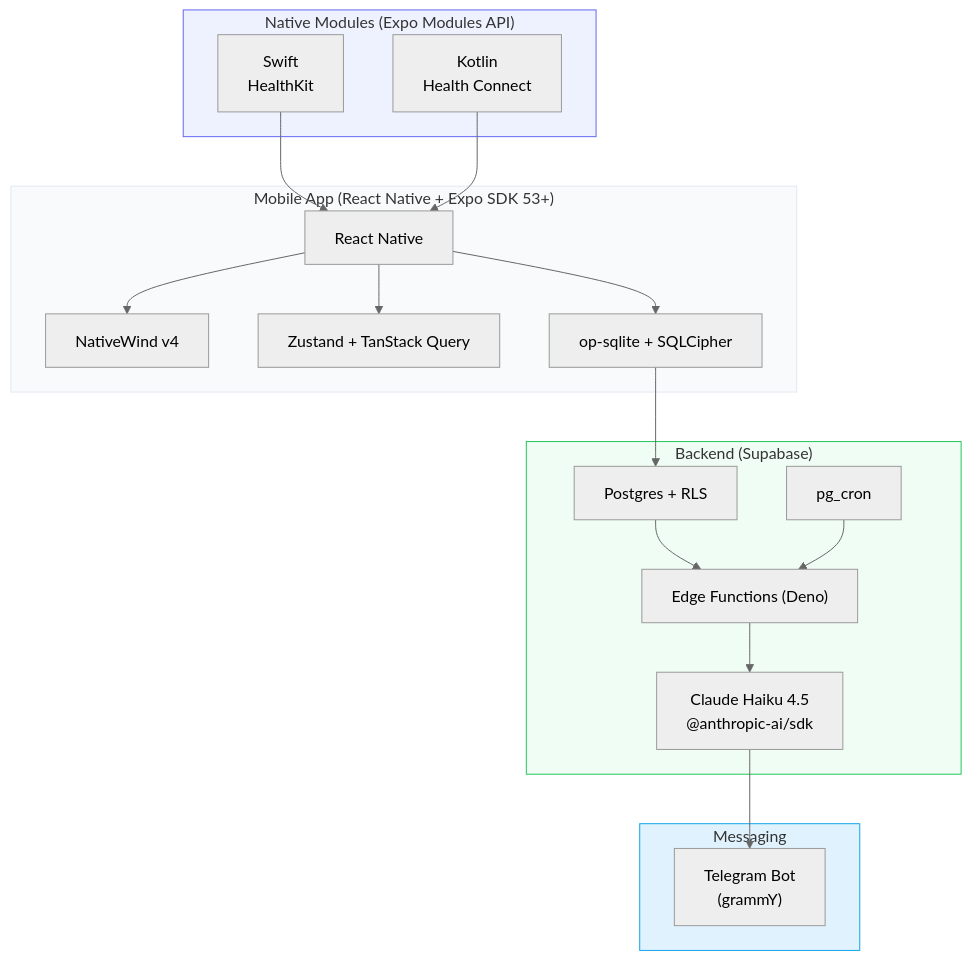
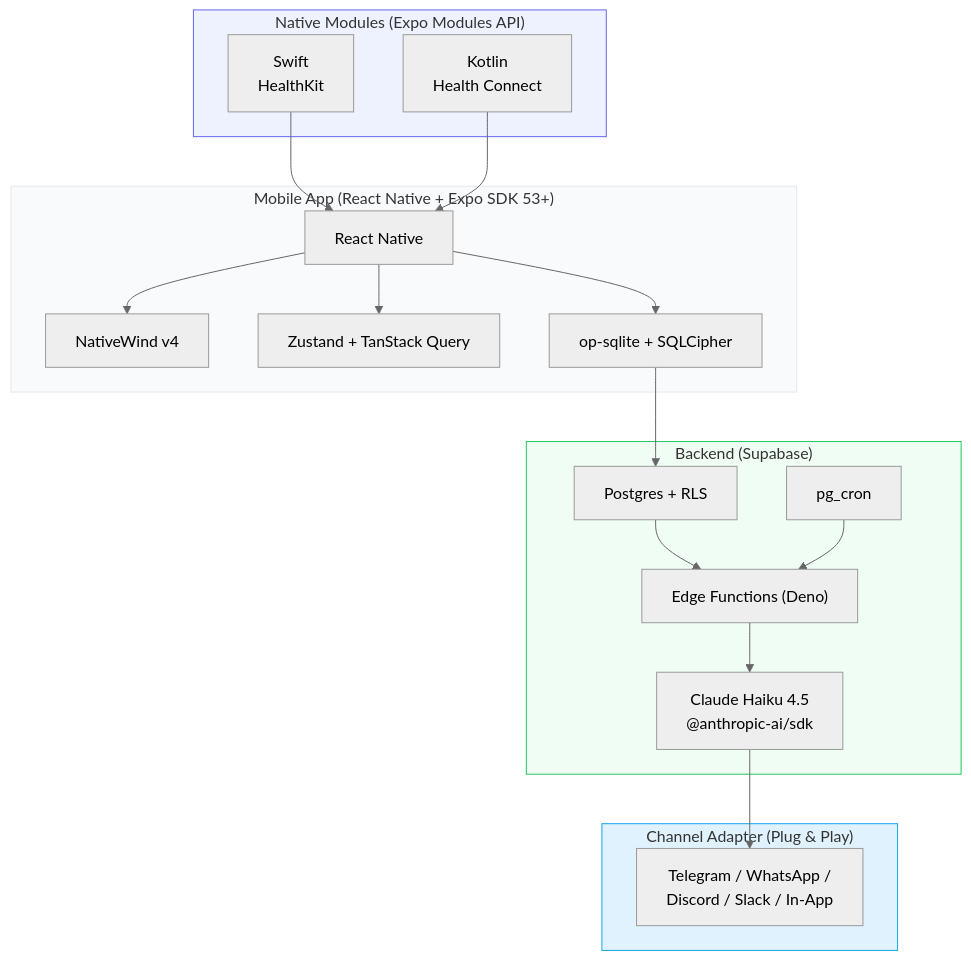
Before and after one commit to Pin4sf/Waldo: the third of 4 diagrams in docs-site/README.md, drawn with Mermaid (neutral theme). The commit also changed other lines of this file and 19 other files, not shown here.

First line of the commit message:
docs: add adapter pattern architecture, competitive analysis, and ecosystem framing

````diff
--- a/docs-site/README.md
+++ b/docs-site/README.md
@@ -61,30 +61,30 @@
 ```mermaid
 graph TB
     subgraph Mobile["Mobile App (React Native + Expo SDK 53+)"]
         RN["React Native"] --> NW["NativeWind v4"]
         RN --> ZU["Zustand + TanStack Query"]
         RN --> DB["op-sqlite + SQLCipher"]
     end
 
     subgraph Native["Native Modules (Expo Modules API)"]
         SW["Swift<br/>HealthKit"] --> RN
         KT["Kotlin<br/>Health Connect"] --> RN
     end
 
     subgraph Backend["Backend (Supabase)"]
         PG["Postgres + RLS"] --> EF["Edge Functions (Deno)"]
         CR["pg_cron"] --> EF
         EF --> CL["Claude Haiku 4.5<br/>@anthropic-ai/sdk"]
     end
 
-    subgraph Messaging["Messaging"]
-        CL --> TG["Telegram Bot<br/>(grammY)"]
+    subgraph Messaging["Channel Adapter (Plug & Play)"]
+        CL --> TG["Telegram / WhatsApp /<br/>Discord / Slack / In-App"]
     end
 
     DB --> PG
 
     style Mobile fill:#f8fafc,stroke:#e2e8f0
     style Native fill:#eef2ff,stroke:#6366f1
     style Backend fill:#f0fdf4,stroke:#22c55e
     style Messaging fill:#e0f2fe,stroke:#0ea5e9
 ```
````
